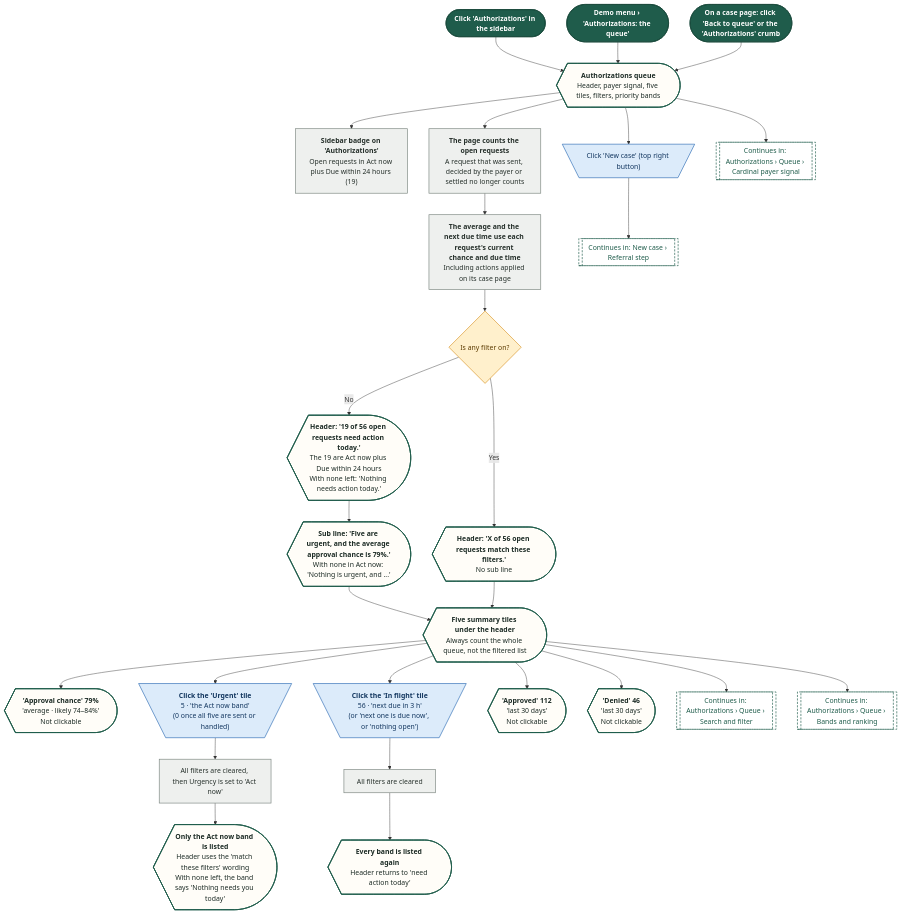
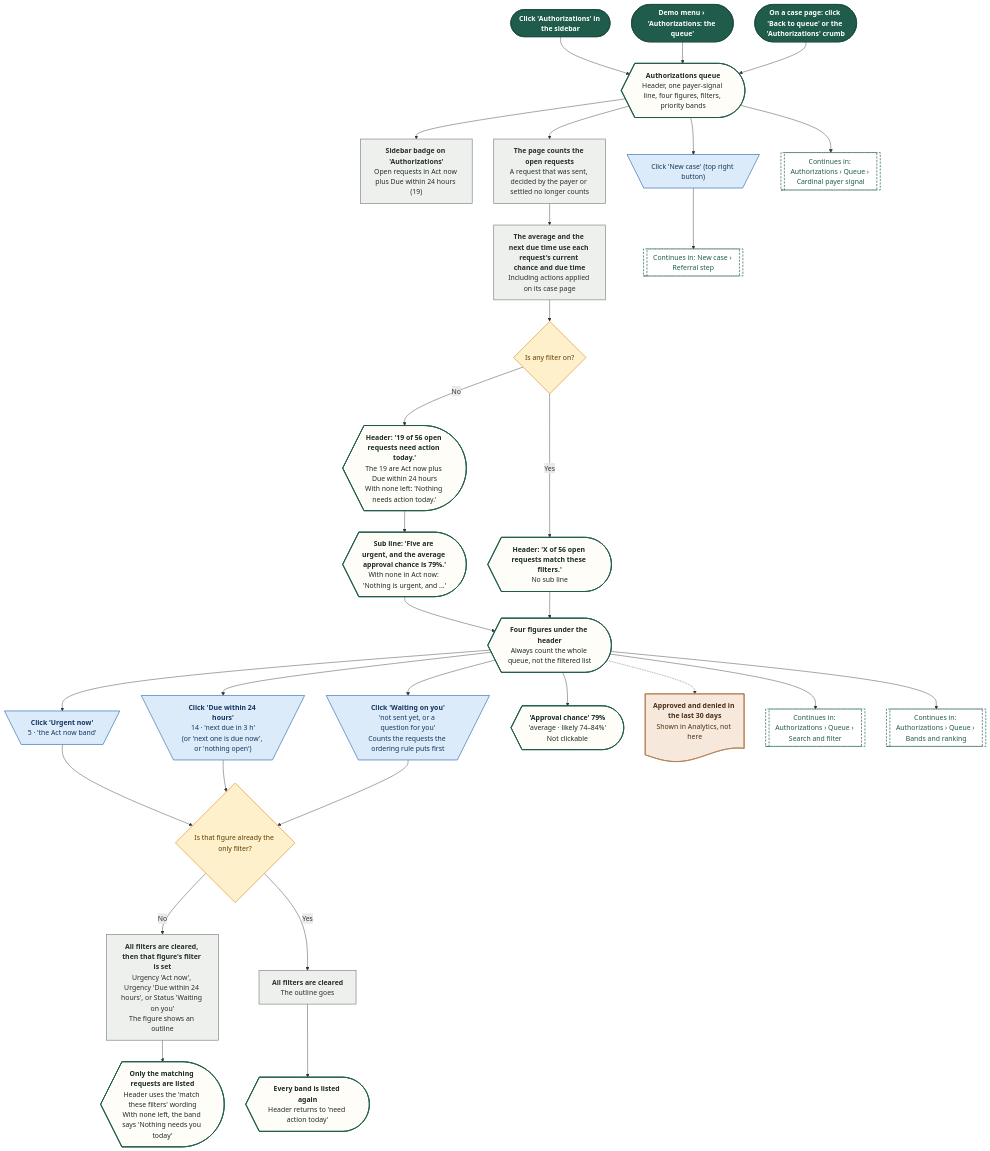
One commit to Shrav143/psyfloapp changed the first of 30 diagrams in demos/prior-auth-demo/workflows/out/md/03-authorizations.md. Above: the diagram before and after it, drawn with Mermaid. The commit also changed other lines of this file and 192 other files, not shown here.

First line of the commit message:
docs: changelog by sidebar tab; README, diagrams and Settings layout aligned with the refinement; shared InfoTip; referral cost-share line

````diff
--- a/demos/prior-auth-demo/workflows/out/md/03-authorizations.md
+++ b/demos/prior-auth-demo/workflows/out/md/03-authorizations.md
@@ -15,68 +15,74 @@
 ```mermaid
 %%{init: {"theme":"base","themeVariables":{"fontFamily":"'DM Sans', 'Segoe UI', system-ui, sans-serif","fontSize":"15px","lineColor":"#5B6B63","primaryTextColor":"#1C2B25","clusterBkg":"#FBF8F3","clusterBorder":"#D9CDBB","edgeLabelBackground":"#FFFFFF"},"flowchart":{"curve":"basis","nodeSpacing":36,"rankSpacing":48,"padding":12,"htmlLabels":true,"useMaxWidth":false,"wrappingWidth":230}} }%%
 flowchart TD
   classDef k_start fill:#1F5C4B,stroke:#174638,color:#FFFFFF,stroke-width:1.5px,font-weight:600
   classDef k_end fill:#DDEFE3,stroke:#2E7D4F,color:#14502F,stroke-width:1.5px,font-weight:600
   classDef k_endx fill:#FBE3E0,stroke:#C0392B,color:#7A1F16,stroke-width:1.5px,font-weight:600
   classDef k_screen fill:#FFFDF8,stroke:#1F5C4B,color:#1C2B25,stroke-width:2px
   classDef k_overlay fill:#F1F7F3,stroke:#1F5C4B,color:#1C2B25,stroke-width:2px,stroke-dasharray:5 3
   classDef k_click fill:#DCEBFA,stroke:#2F6DB5,color:#12365F,stroke-width:1.5px
   classDef k_input fill:#E4E7FF,stroke:#4C5FD5,color:#1D2670,stroke-width:1.5px
   classDef k_process fill:#EEF0EE,stroke:#7A857F,color:#26302B,stroke-width:1.5px
   classDef k_agent fill:#EEE5FA,stroke:#7A4FC2,color:#341A63,stroke-width:1.5px
   classDef k_decision fill:#FFF0CC,stroke:#D9962B,color:#5C3B00,stroke-width:1.5px
   classDef k_store fill:#D5F0EA,stroke:#1C8E7B,color:#0B4A3F,stroke-width:1.5px
   classDef k_doc fill:#F6E9DC,stroke:#B07A4C,color:#4A2E14,stroke-width:1.5px
   classDef k_ext fill:#FFE6D2,stroke:#E07B39,color:#6B2F06,stroke-width:1.5px
   classDef k_wait fill:#E4E8EE,stroke:#6B7C93,color:#26303D,stroke-width:1.5px
   classDef k_toast fill:#FFF9DB,stroke:#C9A400,color:#5A4A00,stroke-width:1.5px
   classDef k_goto fill:#FFFFFF,stroke:#1F5C4B,color:#1F5C4B,stroke-width:1.5px,stroke-dasharray:5 3
   s1@{ shape: stadium, label: "Click 'Authorizations' in the sidebar" }
   s2@{ shape: stadium, label: "Demo menu › 'Authorizations: the queue'" }
   s3@{ shape: stadium, label: "On a case page: click 'Back to queue' or the 'Authorizations' crumb" }
-  q1@{ shape: curv-trap, label: "<b>Authorizations queue</b><br/>Header, payer signal, five tiles, filters, priority bands" }
+  q1@{ shape: curv-trap, label: "<b>Authorizations queue</b><br/>Header, one payer-signal line, four figures, filters, priority bands" }
   sb@{ shape: rect, label: "<b>Sidebar badge on 'Authorizations'</b><br/>Open requests in Act now plus Due within 24 hours (19)" }
   p1@{ shape: rect, label: "<b>The page counts the open requests</b><br/>A request that was sent, decided by the payer or settled no longer counts" }
   p2@{ shape: rect, label: "<b>The average and the next due time use each request's current chance and due time</b><br/>Including actions applied on its case page" }
   d1@{ shape: diam, label: "Is any filter on?" }
   h1@{ shape: curv-trap, label: "<b>Header: '19 of 56 open requests need action today.'</b><br/>The 19 are Act now plus Due within 24 hours<br/>With none left: 'Nothing needs action today.'" }
   h2@{ shape: curv-trap, label: "<b>Sub line: 'Five are urgent, and the average approval chance is 79%.'</b><br/>With none in Act now: 'Nothing is urgent, and ...'" }
   h3@{ shape: curv-trap, label: "<b>Header: 'X of 56 open requests match these filters.'</b><br/>No sub line" }
   nb@{ shape: trap-t, label: "Click 'New case' (top right button)" }
   g1@{ shape: subproc, label: "Continues in: New case › Referral step" }
   g2@{ shape: subproc, label: "Continues in: Authorizations › Queue › Cardinal payer signal" }
-  tl@{ shape: curv-trap, label: "<b>Five summary tiles under the header</b><br/>Always count the whole queue, not the filtered list" }
+  tl@{ shape: curv-trap, label: "<b>Four figures under the header</b><br/>Always count the whole queue, not the filtered list" }
+  t2@{ shape: trap-t, label: "<b>Click 'Urgent now'</b><br/>5 · 'the Act now band'" }
+  t3@{ shape: trap-t, label: "<b>Click 'Due within 24 hours'</b><br/>14 · 'next due in 3 h'<br/>(or 'next one is due now', or 'nothing open')" }
+  t4@{ shape: trap-t, label: "<b>Click 'Waiting on you'</b><br/>'not sent yet, or a question for you'<br/>Counts the requests the ordering rule puts first" }
   t1@{ shape: curv-trap, label: "<b>'Approval chance' 79%</b><br/>'average · likely 74–84%'<br/>Not clickable" }
-  t2@{ shape: trap-t, label: "<b>Click the 'Urgent' tile</b><br/>5 · 'the Act now band'<br/>(0 once all five are sent or handled)" }
-  t3@{ shape: trap-t, label: "<b>Click the 'In flight' tile</b><br/>56 · 'next due in 3 h'<br/>(or 'next one is due now', or 'nothing open')" }
-  t4@{ shape: curv-trap, label: "<b>'Approved' 112</b><br/>'last 30 days'<br/>Not clickable" }
-  t5@{ shape: curv-trap, label: "<b>'Denied' 46</b><br/>'last 30 days'<br/>Not clickable" }
-  u1@{ shape: rect, label: "All filters are cleared, then Urgency is set to 'Act now'" }
-  u2@{ shape: curv-trap, label: "<b>Only the Act now band is listed</b><br/>Header uses the 'match these filters' wording<br/>With none left, the band says 'Nothing needs you today'" }
-  a1@{ shape: rect, label: "All filters are cleared" }
+  dSel@{ shape: diam, label: "Is that figure already the only filter?" }
+  u1@{ shape: rect, label: "<b>All filters are cleared, then that figure's filter is set</b><br/>Urgency 'Act now', Urgency 'Due within 24 hours', or Status 'Waiting on you'<br/>The figure shows an outline" }
+  u2@{ shape: curv-trap, label: "<b>Only the matching requests are listed</b><br/>Header uses the 'match these filters' wording<br/>With none left, the band says 'Nothing needs you today'" }
+  a1@{ shape: rect, label: "<b>All filters are cleared</b><br/>The outline goes" }
   a2@{ shape: curv-trap, label: "<b>Every band is listed again</b><br/>Header returns to 'need action today'" }
+  an@{ shape: doc, label: "<b>Approved and denied in the last 30 days</b><br/>Shown in Analytics, not here" }
   g3@{ shape: subproc, label: "Continues in: Authorizations › Queue › Search and filter" }
   g4@{ shape: subproc, label: "Continues in: Authorizations › Queue › Bands and ranking" }
   s1 --> q1
   s2 --> q1
   s3 --> q1
   q1 --> sb
   q1 --> nb --> g1
   q1 --> p1 --> p2 --> d1
   d1 -->|"No"| h1 --> h2
   d1 -->|"Yes"| h3
   h2 --> tl
   h3 --> tl
-  tl --> t1 & t2 & t3 & t4 & t5
-  t2 --> u1 --> u2
-  t3 --> a1 --> a2
+  tl --> t1 & t2 & t3 & t4
+  t2 --> dSel
+  t3 --> dSel
+  t4 --> dSel
+  dSel -->|"No"| u1 --> u2
+  dSel -->|"Yes"| a1 --> a2
+  tl -.-> an
   q1 --> g2
   tl --> g3
   tl --> g4
   class s1,s2,s3 k_start
-  class q1,h1,h2,h3,tl,t1,t4,t5,u2,a2 k_screen
+  class q1,h1,h2,h3,tl,t1,u2,a2 k_screen
   class sb,p1,p2,u1,a1 k_process
-  class d1 k_decision
-  class nb,t2,t3 k_click
+  class d1,dSel k_decision
+  class nb,t2,t3,t4 k_click
   class g1,g2,g3,g4 k_goto
+  class an k_doc
 ```
````
